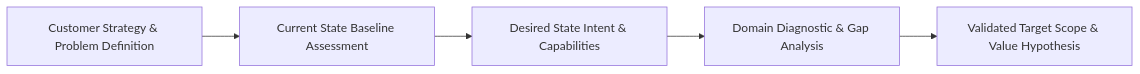
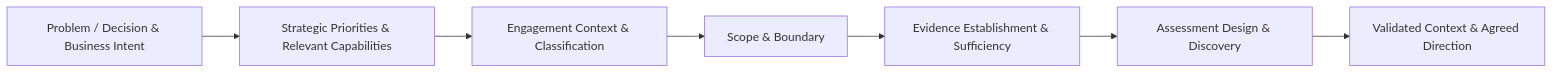
The first of 3 diagrams in docs/sop/01-discover-align.md (avfranco-br/portfolio), drawn with Mermaid before and after one commit. The commit also changed other lines of this file and 11 other files, not shown here.

Commit message:
Add Architecture Decision Review methodology documentation

````diff
--- a/docs/sop/01-discover-align.md
+++ b/docs/sop/01-discover-align.md
@@ -24,7 +26,9 @@
 ```mermaid
 graph LR
-    A["Customer Strategy & Problem Definition"] --> B["Current State Baseline Assessment"]
-    B --> C["Desired State Intent & Capabilities"]
-    C --> D["Domain Diagnostic & Gap Analysis"]
-    D --> E["Validated Target Scope & Value Hypothesis"]
+    A["Problem / Decision & Business Intent"] --> B["Strategic Priorities & Relevant Capabilities"]
+    B --> C["Engagement Context & Classification"]
+    C --> D["Scope & Boundary"]
+    D --> E["Evidence Establishment & Sufficiency"]
+    E --> F["Assessment Design & Discovery"]
+    F --> G["Validated Context & Agreed Direction"]
 ```
````
